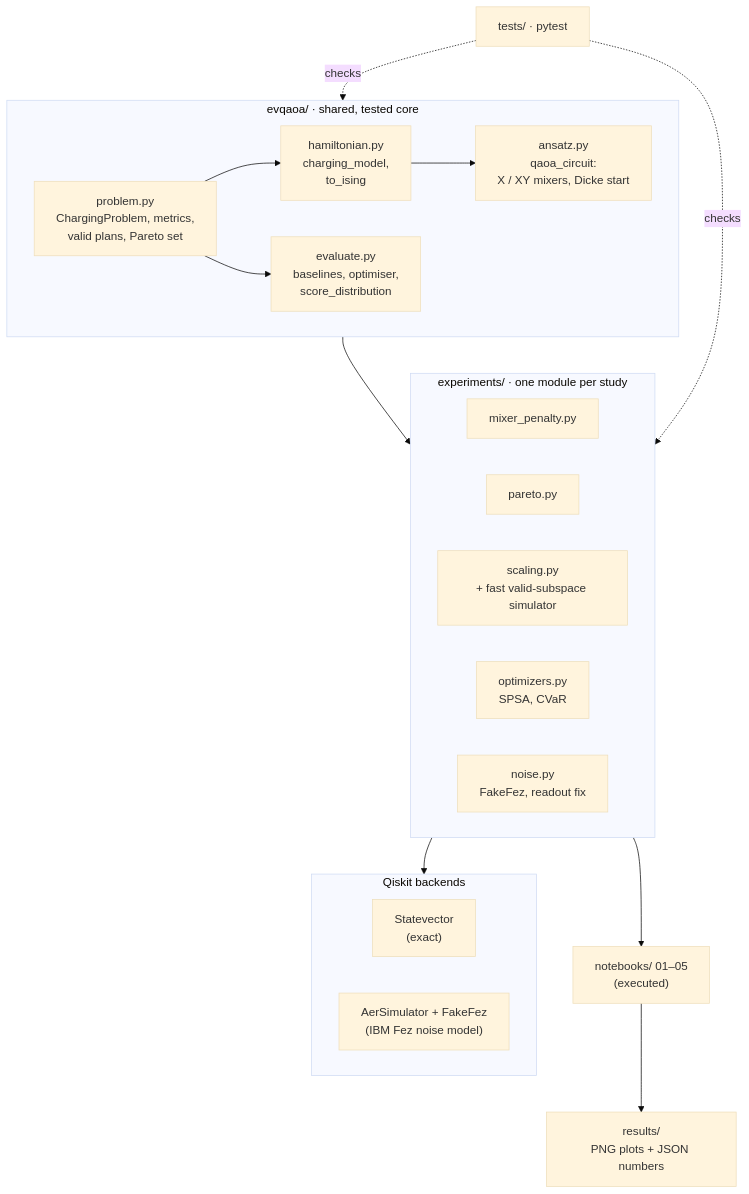
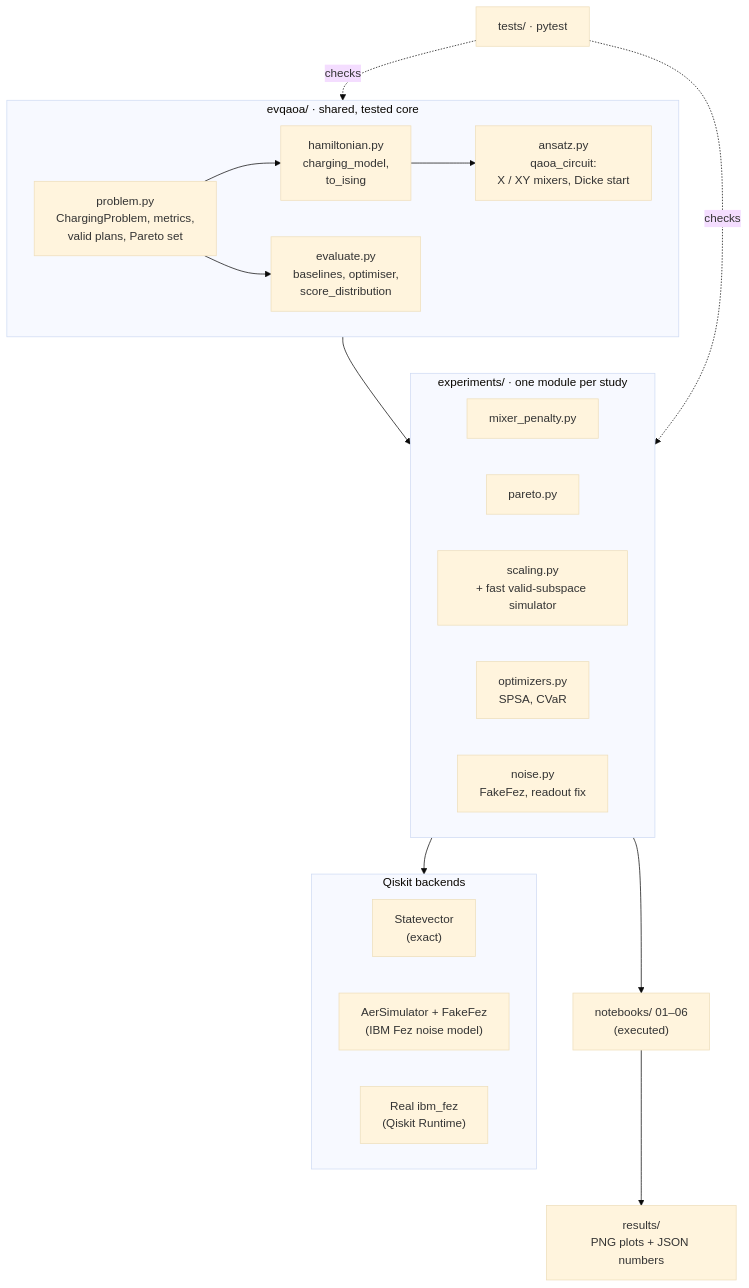
One commit to SakxamShrestha/quant5-fisk-IQ-hackathon changed the second of 2 diagrams in README.md. Above: the diagram before and after it, drawn with Mermaid (base theme). The commit also changed other lines of this file and 12 other files, not shown here.

First line of the commit message:
feat: run study 06 on real IBM hardware (ibm_fez)

````diff
--- a/README.md
+++ b/README.md
@@ -41,31 +41,32 @@
 ```mermaid
 flowchart TB
     subgraph core["evqaoa/ · shared, tested core"]
         P["problem.py<br/>ChargingProblem, metrics,<br/>valid plans, Pareto set"]
         Hm["hamiltonian.py<br/>charging_model,<br/>to_ising"]
         An["ansatz.py<br/>qaoa_circuit:<br/>X / XY mixers, Dicke start"]
         Ev["evaluate.py<br/>baselines, optimiser,<br/>score_distribution"]
         P --> Hm --> An
         P --> Ev
     end
 
     subgraph exp["experiments/ · one module per study"]
         E1["mixer_penalty.py"]
         E2["pareto.py"]
         E3["scaling.py<br/>+ fast valid-subspace simulator"]
         E4["optimizers.py<br/>SPSA, CVaR"]
         E5["noise.py<br/>FakeFez, readout fix"]
     end
 
     subgraph back["Qiskit backends"]
         S1["Statevector<br/>(exact)"]
         S2["AerSimulator + FakeFez<br/>(IBM Fez noise model)"]
+        S3["Real ibm_fez<br/>(Qiskit Runtime)"]
     end
 
     core --> exp
     exp --> back
-    exp --> nb["notebooks/ 01–05<br/>(executed)"]
+    exp --> nb["notebooks/ 01–06<br/>(executed)"]
     nb --> R["results/<br/>PNG plots + JSON numbers"]
     T["tests/ · pytest"] -.checks.-> core
     T -.checks.-> exp
 ```
````
